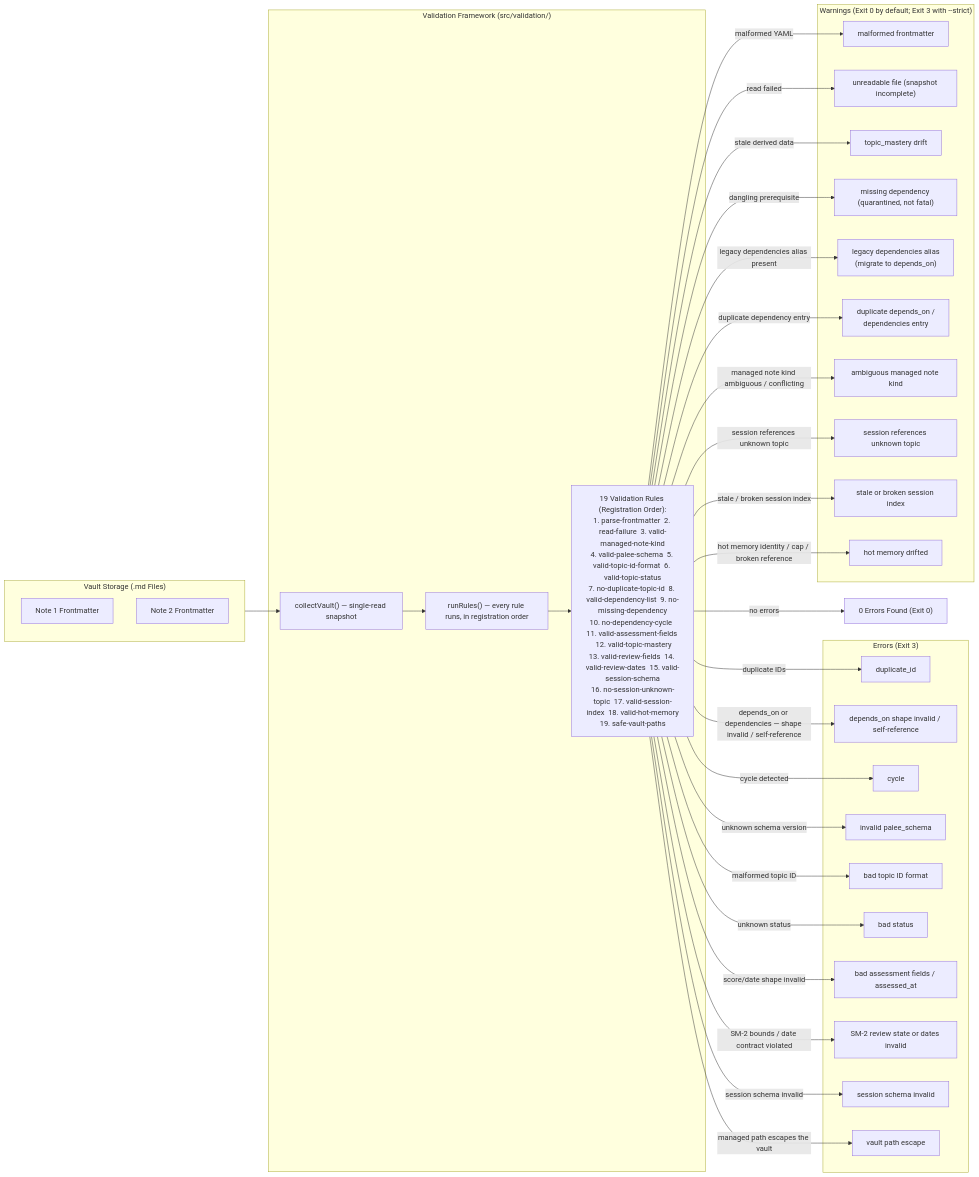
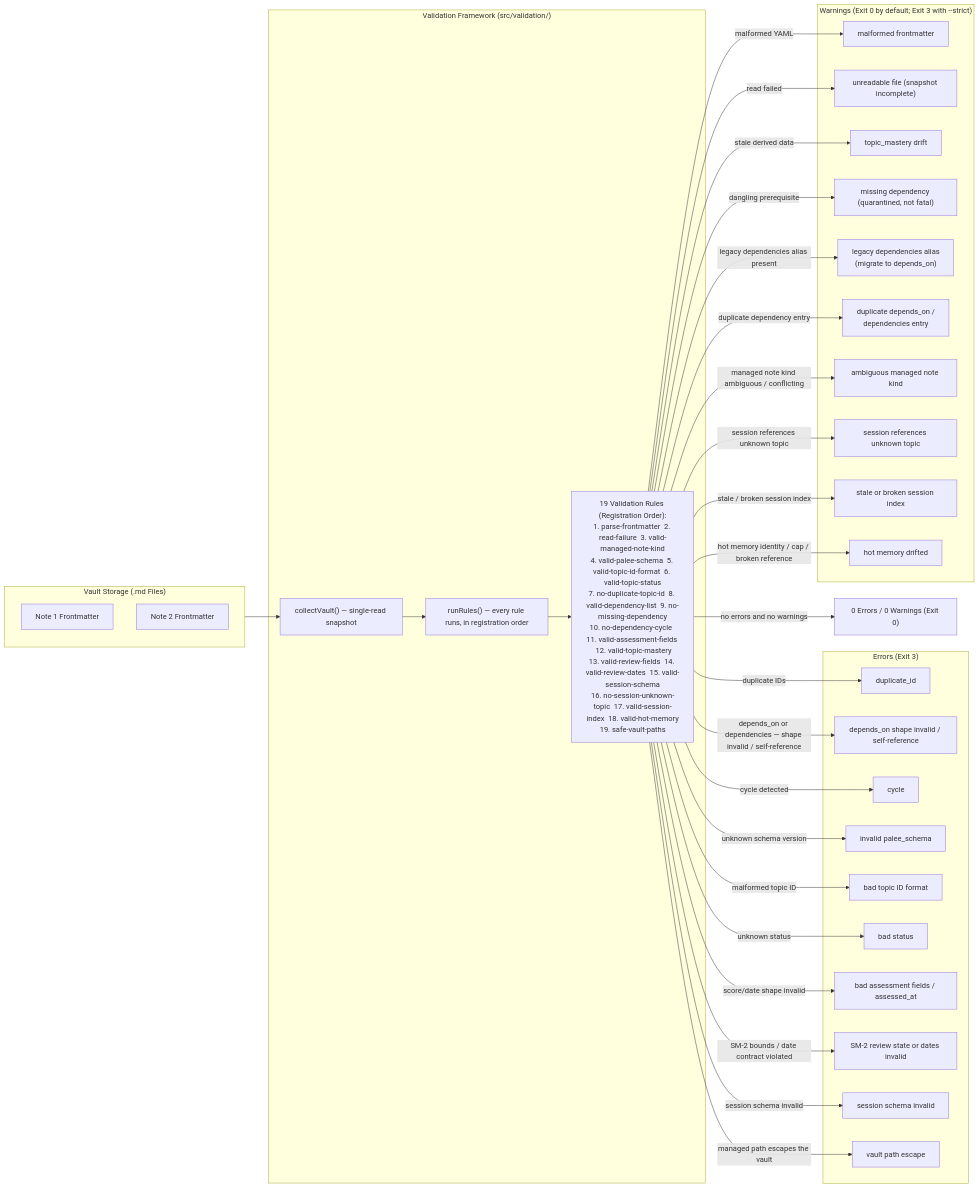
One commit to Kuldeep2822k/cli changed the second of 2 diagrams in docs/02-3-reporting-commands.md. Above: the diagram before and after it, drawn with Mermaid. The commit also changed other lines of this file and 1 other file, not shown here.

Commit message:
docs: address PR review feedback on exit codes and success label

````diff
--- a/docs/02-3-reporting-commands.md
+++ b/docs/02-3-reporting-commands.md
@@ -214,64 +214,64 @@
 ```mermaid
 flowchart LR
     subgraph Storage ["Vault Storage (.md Files)"]
         FM1["Note 1 Frontmatter"]
         FM2["Note 2 Frontmatter"]
     end
     
     subgraph Analyzer ["Validation Framework (src/validation/)"]
         Scan["collectVault() — single-read snapshot"]
         Runner["runRules() — every rule runs, in registration order"]
         Rules["19 Validation Rules (Registration Order):<br/>1. parse-frontmatter  2. read-failure  3. valid-managed-note-kind<br/>4. valid-palee-schema  5. valid-topic-id-format  6. valid-topic-status<br/>7. no-duplicate-topic-id  8. valid-dependency-list  9. no-missing-dependency<br/>10. no-dependency-cycle  11. valid-assessment-fields  12. valid-topic-mastery<br/>13. valid-review-fields  14. valid-review-dates  15. valid-session-schema<br/>16. no-session-unknown-topic  17. valid-session-index  18. valid-hot-memory<br/>19. safe-vault-paths"]
     end
     
     subgraph Errors ["Errors (Exit 3)"]
         ErrDup["duplicate_id"]
         ErrDepShape["depends_on shape invalid / self-reference"]
         ErrCyc["cycle"]
         ErrSchema["invalid palee_schema"]
         ErrId["bad topic ID format"]
         ErrStatus["bad status"]
         ErrAssess["bad assessment fields / assessed_at"]
         ErrReview["SM-2 review state or dates invalid"]
         ErrSession["session schema invalid"]
         ErrPaths["vault path escape"]
     end
 
     subgraph Warnings ["Warnings (Exit 0 by default; Exit 3 with --strict)"]
         WarnParse["malformed frontmatter"]
         WarnRead["unreadable file (snapshot incomplete)"]
         WarnMastery["topic_mastery drift"]
         WarnMiss["missing dependency (quarantined, not fatal)"]
         WarnDepLegacy["legacy dependencies alias<br/>(migrate to depends_on)"]
         WarnDepDup["duplicate depends_on /<br/>dependencies entry"]
         WarnKind["ambiguous managed note kind"]
         WarnSessionTopic["session references unknown topic"]
         WarnIndex["stale or broken session index"]
         WarnHot["hot memory drifted"]
     end
     
     Storage --> Scan
     Scan --> Runner
     Runner --> Rules
     Rules -->|"duplicate IDs"| ErrDup
     Rules -->|"dangling prerequisite"| WarnMiss
     Rules -->|"depends_on or dependencies — shape invalid / self-reference"| ErrDepShape
     Rules -->|"cycle detected"| ErrCyc
     Rules -->|"unknown schema version"| ErrSchema
     Rules -->|"malformed topic ID"| ErrId
     Rules -->|"unknown status"| ErrStatus
     Rules -->|"score/date shape invalid"| ErrAssess
     Rules -->|"SM-2 bounds / date contract violated"| ErrReview
     Rules -->|"legacy dependencies alias present"| WarnDepLegacy
     Rules -->|"duplicate dependency entry"| WarnDepDup
     Rules -->|"managed note kind ambiguous / conflicting"| WarnKind
     Rules -->|"session schema invalid"| ErrSession
     Rules -->|"session references unknown topic"| WarnSessionTopic
     Rules -->|"stale / broken session index"| WarnIndex
     Rules -->|"hot memory identity / cap / broken reference"| WarnHot
     Rules -->|"managed path escapes the vault"| ErrPaths
     Rules -->|"malformed YAML"| WarnParse
     Rules -->|"read failed"| WarnRead
     Rules -->|"stale derived data"| WarnMastery
-    Rules -->|"no errors"| Success["0 Errors Found (Exit 0)"]
+    Rules -->|"no errors and no warnings"| Success["0 Errors / 0 Warnings (Exit 0)"]
 ```
````
